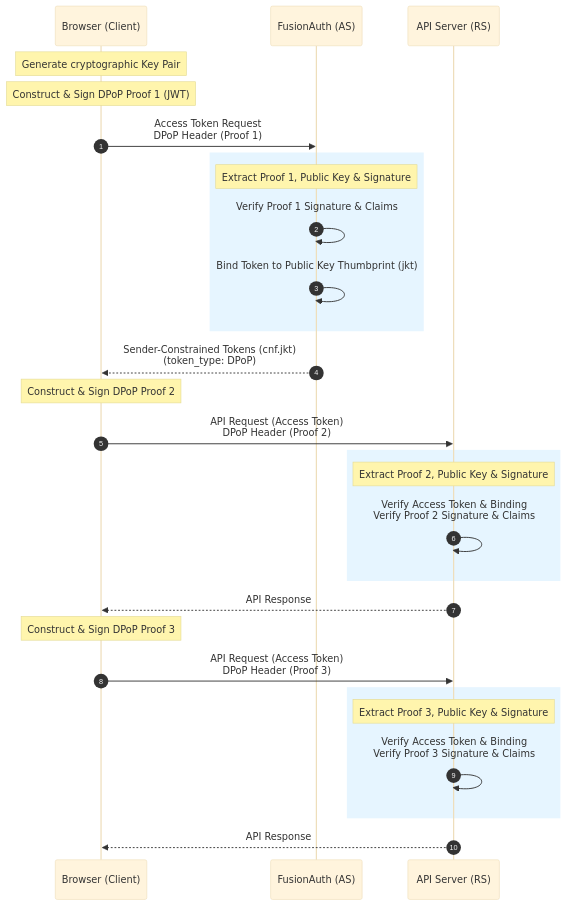
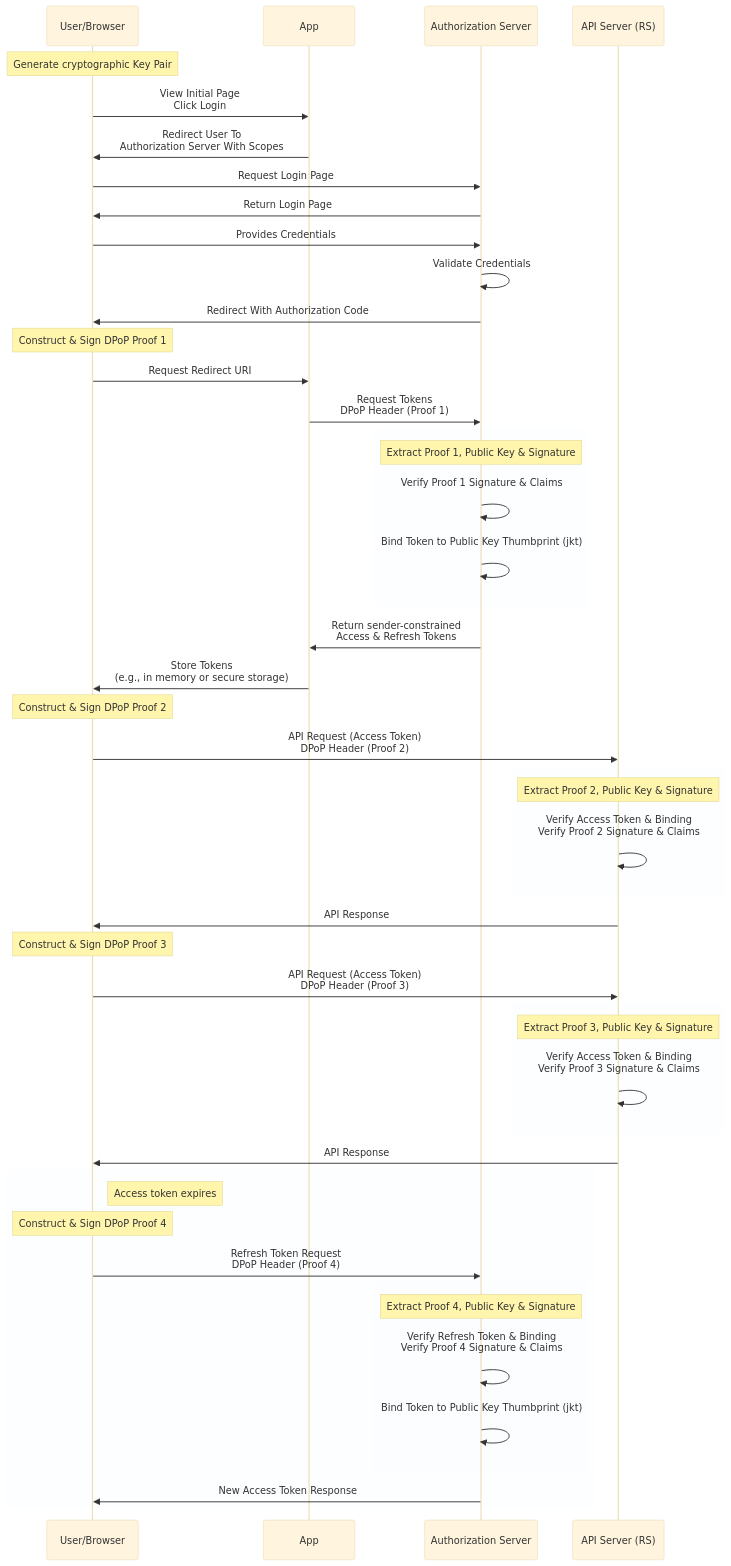
The diagram in astro/src/content/docs/lifecycle/authenticate-users/oauth/dpop.mdx (FusionAuth/fusionauth-site), drawn with Mermaid (base theme) before and after one commit. The commit also changed other lines of this file, not shown here.

Commit message:
feat: enhance DPoP flow diagram and clarify client responsibilities in documentation

````diff
--- a/astro/src/content/docs/lifecycle/authenticate-users/oauth/dpop.mdx
+++ b/astro/src/content/docs/lifecycle/authenticate-users/oauth/dpop.mdx
@@ -68,34 +68,58 @@
 ```mermaid
 sequenceDiagram
-  autonumber
-  participant Browser as Browser (Client)
-  participant FusionAuth as FusionAuth (AS)
+  participant User as User/Browser
+  participant App
+  participant FusionAuth as Authorization Server
   participant API as API Server (RS)
 
-  Note over Browser: Generate cryptographic Key Pair
-  Note over Browser: Construct & Sign DPoP Proof 1 (JWT)
-  Browser->>FusionAuth: Access Token Request<br/>DPoP Header (Proof 1)
-  
-  rect rgb(230, 245, 255)
+  Note over User: Generate cryptographic Key Pair
+
+  User ->> App : View Initial Page<br/>Click Login
+  App ->> User : Redirect User To <br/>Authorization Server With Scopes
+  User ->> FusionAuth : Request Login Page
+  FusionAuth ->> User : Return Login Page
+  User ->> FusionAuth : Provides Credentials
+  FusionAuth ->> FusionAuth : Validate Credentials
+  FusionAuth ->> User : Redirect With Authorization Code
+  Note over User: Construct & Sign DPoP Proof 1
+  User ->> App : Request Redirect URI
+  App ->> FusionAuth : Request Tokens<br/>DPoP Header (Proof 1)
+  rect rgb(230, 245, 255, .1)
     Note over FusionAuth: Extract Proof 1, Public Key & Signature
     FusionAuth->>FusionAuth: Verify Proof 1 Signature & Claims<br/>
     FusionAuth->>FusionAuth: Bind Token to Public Key Thumbprint (jkt)<br/>
   end
-  FusionAuth-->>Browser: Sender-Constrained Tokens (cnf.jkt)<br/>(token_type: DPoP)
+  FusionAuth ->> App : Return sender-constrained<br/>Access & Refresh Tokens
+  App ->> User : Store Tokens<br/>(e.g., in memory or secure storage)
 
-  Note over Browser: Construct & Sign DPoP Proof 2
-  Browser->>API: API Request (Access Token)<br/>DPoP Header (Proof 2)
-  rect rgb(230, 245, 255)
+  Note over User: Construct & Sign DPoP Proof 2
+
+  User->>API: API Request (Access Token)<br/>DPoP Header (Proof 2)
+  rect rgb(230, 245, 255, .1)
     Note over API: Extract Proof 2, Public Key & Signature
     API->>API: Verify Access Token & Binding<br/>Verify Proof 2 Signature & Claims<br/>
   end
-  API-->>Browser: API Response
+  API->>User: API Response
 
-  Note over Browser: Construct & Sign DPoP Proof 3
-  Browser->>API: API Request (Access Token)<br/>DPoP Header (Proof 3)
-  rect rgb(230, 245, 255)
+  Note over User: Construct & Sign DPoP Proof 3
+
+  User->>API: API Request (Access Token)<br/>DPoP Header (Proof 3)
+  rect rgb(230, 245, 255, .1)
     Note over API: Extract Proof 3, Public Key & Signature
     API->>API: Verify Access Token & Binding<br/>Verify Proof 3 Signature & Claims<br/>
   end
-  API-->>Browser: API Response
+  API->>User: API Response
+
+  rect rgb(230, 245, 255, .1)
+    Note right of User: Access token expires
+
+    Note over User: Construct & Sign DPoP Proof 4
+    User->>FusionAuth: Refresh Token Request<br/>DPoP Header (Proof 4)
+    rect rgb(230, 245, 255, .1)
+      Note over FusionAuth: Extract Proof 4, Public Key & Signature
+      FusionAuth->>FusionAuth: Verify Refresh Token & Binding<br/>Verify Proof 4 Signature & Claims<br/>
+      FusionAuth->>FusionAuth: Bind Token to Public Key Thumbprint (jkt)<br/>
+    end
+    FusionAuth->>User: New Access Token Response
+  end
 ```
````
